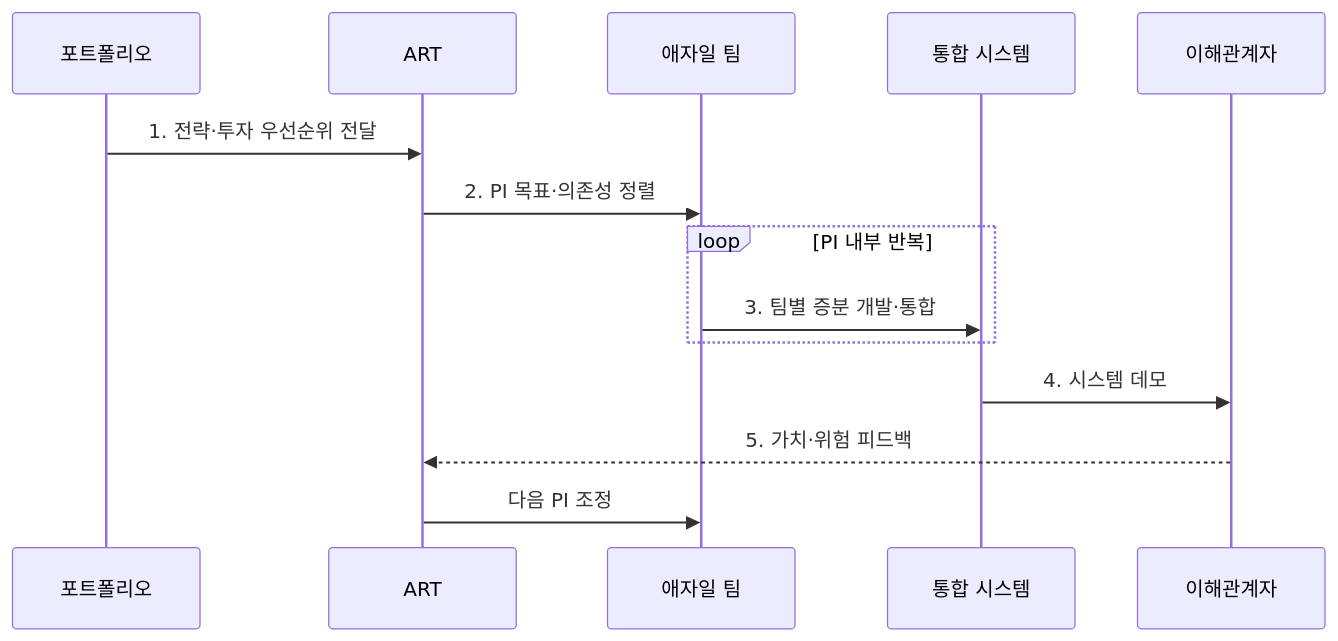
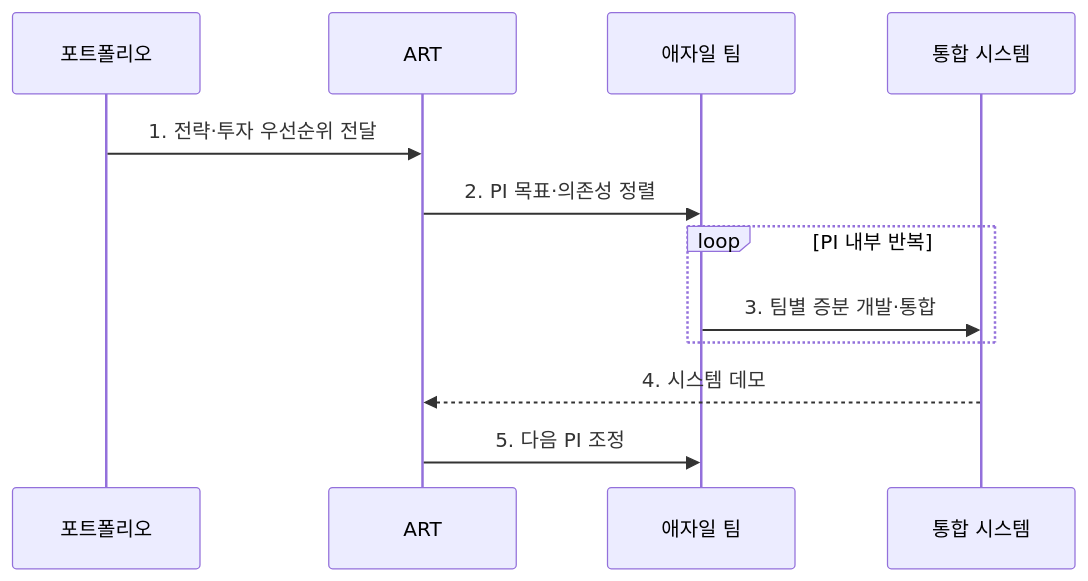
One commit to agnusdei1207/knowledge-base changed the second of 2 diagrams in src/content/docs/notes/03-software/033_scaled_agile_framework.md. Above: the diagram before and after it, drawn with Mermaid. The commit also changed other lines of this file and 20 other files, not shown here.

````diff
--- a/src/content/docs/notes/03-software/033_scaled_agile_framework.md
+++ b/src/content/docs/notes/03-software/033_scaled_agile_framework.md
@@ -85,16 +82,14 @@
 ```mermaid
 sequenceDiagram
     participant P as 포트폴리오
     participant A as ART
     participant T as 애자일 팀
     participant I as 통합 시스템
-    participant S as 이해관계자
     P->>A: 1. 전략·투자 우선순위 전달
     A->>T: 2. PI 목표·의존성 정렬
     loop PI 내부 반복
         T->>I: 3. 팀별 증분 개발·통합
     end
-    I->>S: 4. 시스템 데모
-    S-->>A: 5. 가치·위험 피드백
-    A->>T: 다음 PI 조정
+    I-->>A: 4. 시스템 데모
+    A->>T: 5. 다음 PI 조정
 ```
````
